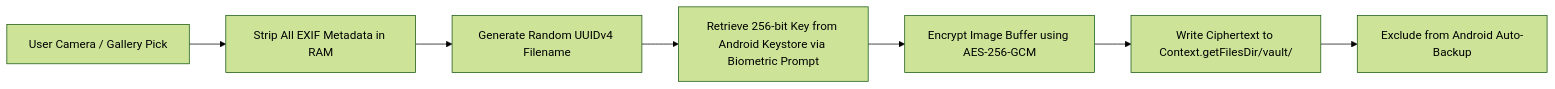
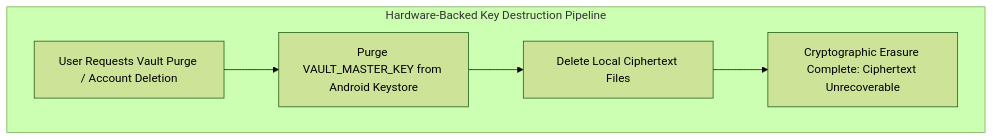
Before and after one commit to karthikcmani/fitlife-os: the second of 2 diagrams in docs/TECHNICAL_VALIDATION_REPORT.md, drawn with Mermaid (forest theme). The commit also changed other lines of this file and 3 other files, not shown here.

Commit message:
docs: finalize architectural approval specification with verified React Native 0.88.1, crypto-shredding, and effectively-once sync

````diff
--- a/docs/TECHNICAL_VALIDATION_REPORT.md
+++ b/docs/TECHNICAL_VALIDATION_REPORT.md
@@ -205,9 +137,8 @@
 ```mermaid
-flowchart LR
-    A[User Camera / Gallery Pick] --> B[Strip All EXIF Metadata in RAM]
-    B --> C[Generate Random UUIDv4 Filename]
-    C --> D[Retrieve 256-bit Key from Android Keystore via Biometric Prompt]
-    D --> E[Encrypt Image Buffer using AES-256-GCM]
-    E --> F[Write Ciphertext to Context.getFilesDir/vault/]
-    F --> G[Exclude from Android Auto-Backup]
+flowchart TD
+    subgraph Storage ["Hardware-Backed Key Destruction Pipeline"]
+        Prompt[User Requests Vault Purge / Account Deletion] --> Revoke[Purge VAULT_MASTER_KEY from Android Keystore]
+        Revoke --> Unlink[Delete Local Ciphertext Files]
+        Unlink --> Complete[Cryptographic Erasure Complete: Ciphertext Unrecoverable]
+    end
 ```
````
